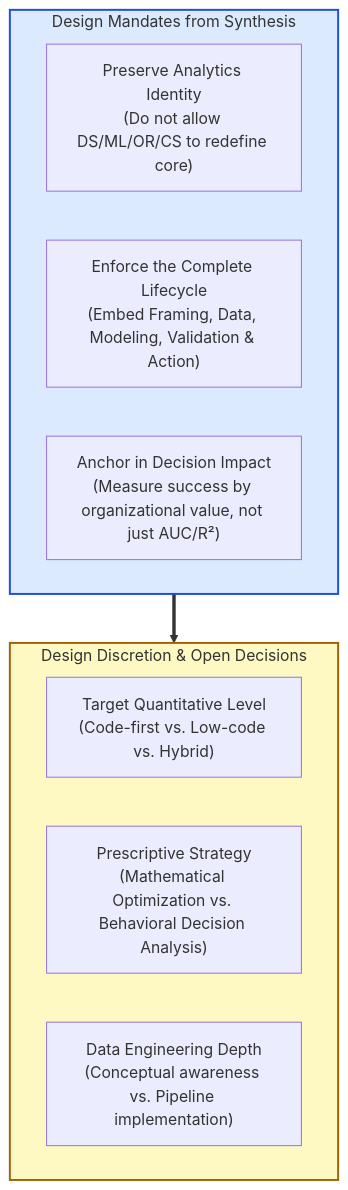
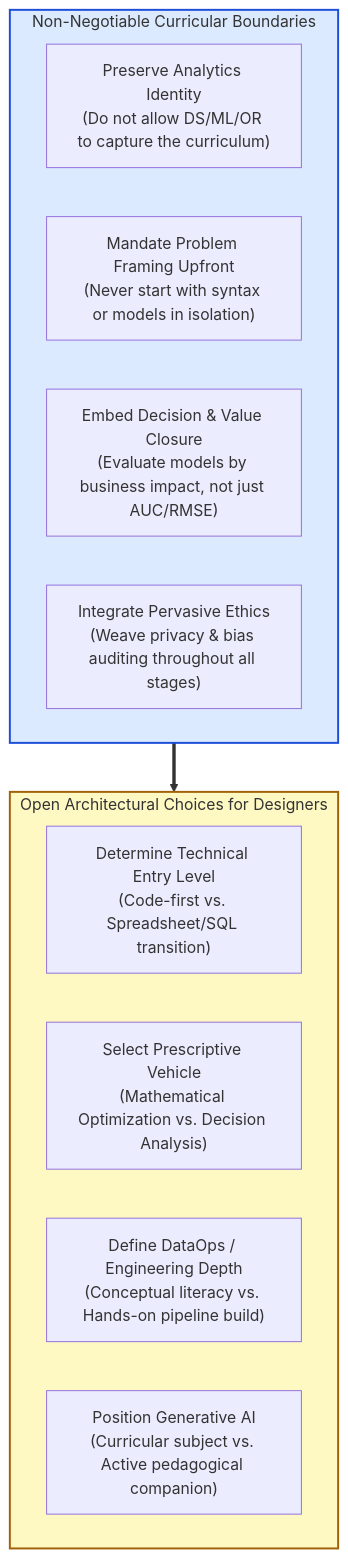
Before and after one commit to jdvelasq/classroom-vibecoding: the seventh of 7 diagrams in design/synthesis/s03-synthesis-gemini.md, drawn with Mermaid. The commit also changed other lines of this file and 3 other files, not shown here.

````diff
--- a/design/synthesis/s03-synthesis-gemini.md
+++ b/design/synthesis/s03-synthesis-gemini.md
@@ -580,18 +597,20 @@
 ```mermaid
 flowchart TD
-    subgraph Mandates ["Design Mandates from Synthesis"]
-        M1["Preserve Analytics Identity<br/>(Do not allow DS/ML/OR/CS to redefine core)"]
-        M2["Enforce the Complete Lifecycle<br/>(Embed Framing, Data, Modeling, Validation & Action)"]
-        M3["Anchor in Decision Impact<br/>(Measure success by organizational value, not just AUC/R²)"]
+    subgraph Mandates ["Non-Negotiable Curricular Boundaries"]
+        B1["Preserve Analytics Identity<br/>(Do not allow DS/ML/OR to capture the curriculum)"]
+        B2["Mandate Problem Framing Upfront<br/>(Never start with syntax or models in isolation)"]
+        B3["Embed Decision & Value Closure<br/>(Evaluate models by business impact, not just AUC/RMSE)"]
+        B4["Integrate Pervasive Ethics<br/>(Weave privacy & bias auditing throughout all stages)"]
     end
 
-    subgraph Discretion ["Design Discretion & Open Decisions"]
-        D1["Target Quantitative Level<br/>(Code-first vs. Low-code vs. Hybrid)"]
-        D2["Prescriptive Strategy<br/>(Mathematical Optimization vs. Behavioral Decision Analysis)"]
-        D3["Data Engineering Depth<br/>(Conceptual awareness vs. Pipeline implementation)"]
+    subgraph DesignChoices ["Open Architectural Choices for Designers"]
+        C1["Determine Technical Entry Level<br/>(Code-first vs. Spreadsheet/SQL transition)"]
+        C2["Select Prescriptive Vehicle<br/>(Mathematical Optimization vs. Decision Analysis)"]
+        C3["Define DataOps / Engineering Depth<br/>(Conceptual literacy vs. Hands-on pipeline build)"]
+        C4["Position Generative AI<br/>(Curricular subject vs. Active pedagogical companion)"]
     end
 
-    Mandates ==> Discretion
+    Mandates ==> DesignChoices
     style Mandates fill:#dbeafe,stroke:#1d4ed8,stroke-width:2px
-    style Discretion fill:#fef9c3,stroke:#a16207,stroke-width:2px
+    style DesignChoices fill:#fef9c3,stroke:#a16207,stroke-width:2px
 ```
````
